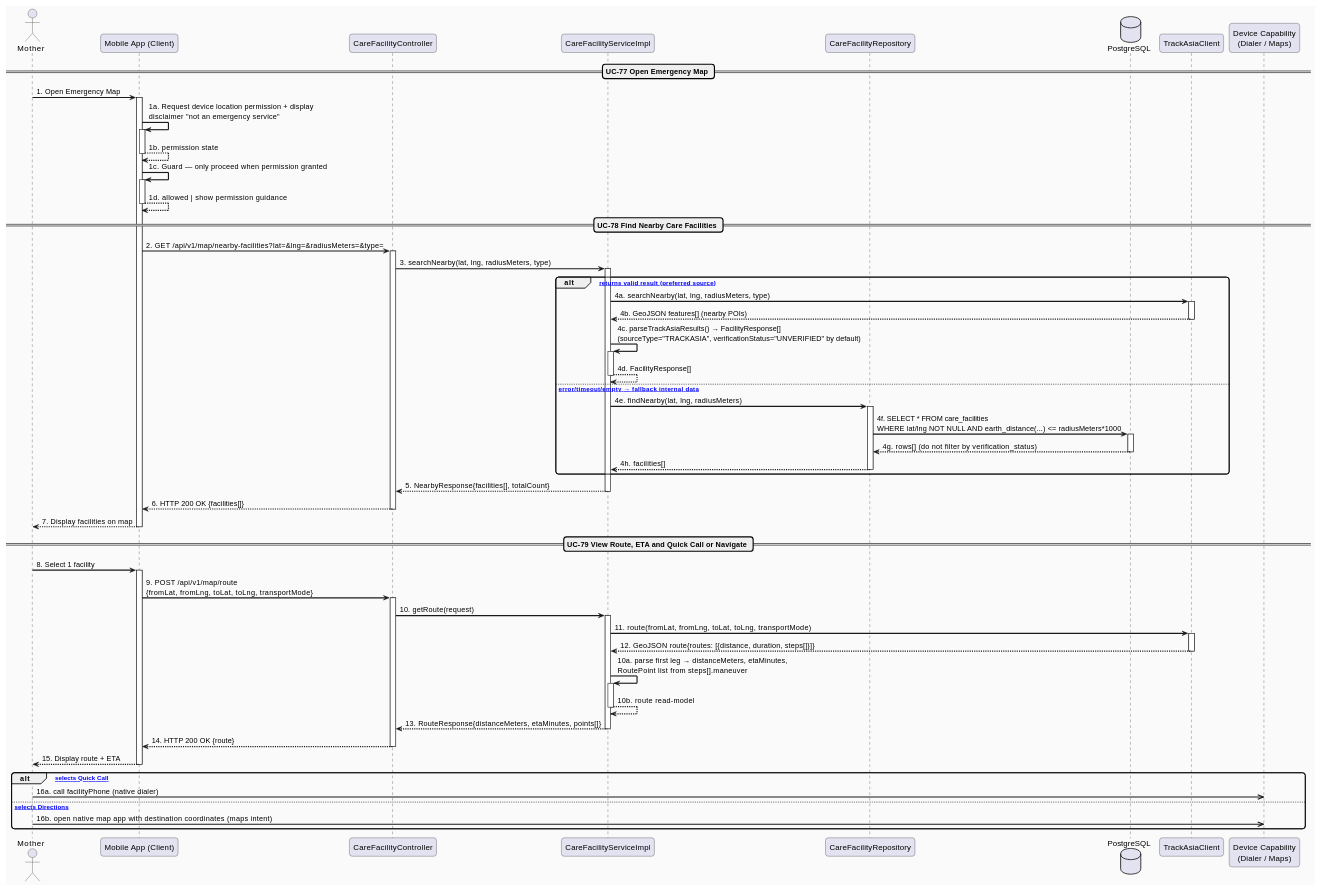
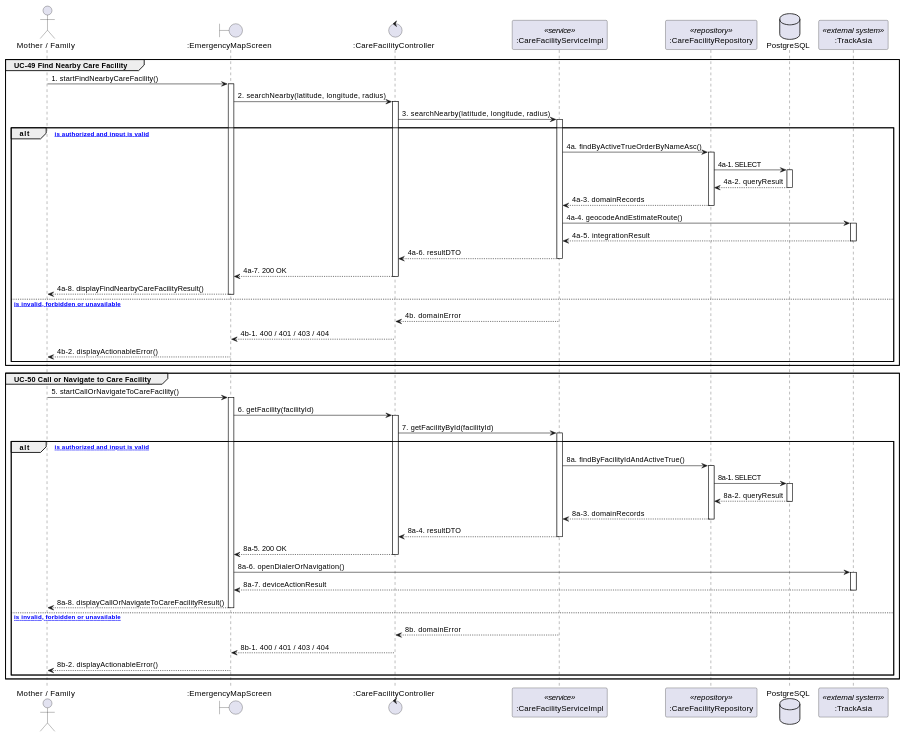
Before and after one commit to ChuongBDHE172784/CareBridge_SEP490_G79: the second of 2 diagrams in docs/Detailed_Design/MF07_Emergency_Map_Nearby_Care_Support/01_Emergency_Map_Facility_Route_Navigation.md, drawn with PlantUML. The commit also changed other lines of this file and 111 other files, not shown here.

````diff
--- a/docs/Detailed_Design/MF07_Emergency_Map_Nearby_Care_Support/01_Emergency_Map_Facility_Route_Navigation.md
+++ b/docs/Detailed_Design/MF07_Emergency_Map_Nearby_Care_Support/01_Emergency_Map_Facility_Route_Navigation.md
@@ -105,87 +78,85 @@
 ```plantuml
-@startuml MF07_01_EmergencyMap_SequenceDiagram
-skinparam sequenceArrowThickness 2
-skinparam roundcorner 10
-skinparam backgroundColor #FAFAFA
+@startuml MF07_01_EmergencyMapNearbyFacilityandNavigation_SequenceDiagram
+skinparam shadowing false
 
-actor "Mother" as M
-participant "Mobile App (Client)" as App
-participant "CareFacilityController" as Controller
-participant "CareFacilityServiceImpl" as Service
-participant "CareFacilityRepository" as FacilityRepo
+actor "Mother / Family" as Actor
+boundary ":EmergencyMapScreen" as UI1
+control ":CareFacilityController" as Controller1
+participant ":CareFacilityServiceImpl" as Service1 <<service>>
+participant ":CareFacilityRepository" as Repository1 <<repository>>
 database "PostgreSQL" as DB
-participant "TrackAsiaClient" as TrackAsia
-participant "Device Capability\n(Dialer / Maps)" as Device
+participant ":TrackAsia" as External1 <<external system>>
 
-== UC-77 Open Emergency Map ==
-M -> App : 1. Open Emergency Map
-activate App
-App -> App : 1a. Request device location permission + display\ndisclaimer "not an emergency service"
-activate App
-App --> App : 1b. permission state
-deactivate App
-App -> App : 1c. Guard — only proceed when permission granted
-activate App
-App --> App : 1d. allowed | show permission guidance
-deactivate App
+group UC-49 Find Nearby Care Facility
+  Actor -> UI1 : 1. startFindNearbyCareFacility()
+  activate UI1
+  UI1 -> Controller1 : 2. searchNearby(latitude, longitude, radius)
+  activate Controller1
+  Controller1 -> Service1 : 3. searchNearby(latitude, longitude, radius)
+  activate Service1
+  alt [request is authorized and input is valid]
+    Service1 -> Repository1 : 4a. findByActiveTrueOrderByNameAsc()
+    activate Repository1
+    Repository1 -> DB : 4a-1. SELECT
+    activate DB
+    DB --> Repository1 : 4a-2. queryResult
+    deactivate DB
+    Repository1 --> Service1 : 4a-3. domainRecords
+    deactivate Repository1
+    Service1 -> External1 : 4a-4. geocodeAndEstimateRoute()
+    activate External1
+    External1 --> Service1 : 4a-5. integrationResult
+    deactivate External1
+    Service1 --> Controller1 : 4a-6. resultDTO
+    deactivate Service1
+    Controller1 --> UI1 : 4a-7. 200 OK
+    deactivate Controller1
+    UI1 --> Actor : 4a-8. displayFindNearbyCareFacilityResult()
+    deactivate UI1
+  else [request is invalid, forbidden or unavailable]
+    Service1 --> Controller1 : 4b. domainError
+    deactivate Service1
+    Controller1 --> UI1 : 4b-1. 400 / 401 / 403 / 404
+    deactivate Controller1
+    UI1 --> Actor : 4b-2. displayActionableError()
+    deactivate UI1
+  end
+end
 
-== UC-78 Find Nearby Care Facilities ==
-App -> Controller : 2. GET /api/v1/map/nearby-facilities?lat=&lng=&radiusMeters=&type=
-activate Controller
-Controller -> Service : 3. searchNearby(lat, lng, radiusMeters, type)
-activate Service
-alt [TrackAsia returns valid result (preferred source)]
-  Service -> TrackAsia : 4a. searchNearby(lat, lng, radiusMeters, type)
-  activate TrackAsia
-  TrackAsia --> Service : 4b. GeoJSON features[] (nearby POIs)
-  deactivate TrackAsia
-  Service -> Service : 4c. parseTrackAsiaResults() → FacilityResponse[]\n(sourceType="TRACKASIA", verificationStatus="UNVERIFIED" by default)
-  activate Service
-  Service --> Service : 4d. FacilityResponse[]
-  deactivate Service
-else [TrackAsia error/timeout/empty → fallback internal data]
-  Service -> FacilityRepo : 4e. findNearby(lat, lng, radiusMeters)
-  activate FacilityRepo
-  FacilityRepo -> DB : 4f. SELECT * FROM care_facilities\nWHERE lat/lng NOT NULL AND earth_distance(...) <= radiusMeters*1000
-  activate DB
-  DB --> FacilityRepo : 4g. rows[] (do not filter by verification_status)
-  deactivate DB
-  FacilityRepo --> Service : 4h. facilities[]
-  deactivate FacilityRepo
-end
-Service --> Controller : 5. NearbyResponse{facilities[], totalCount}
-deactivate Service
-Controller --> App : 6. HTTP 200 OK {facilities[]}
-deactivate Controller
-App --> M : 7. Display facilities on map
-deactivate App
-
-== UC-79 View Route, ETA and Quick Call or Navigate ==
-M -> App : 8. Select 1 facility
-activate App
-App -> Controller : 9. POST /api/v1/map/route\n{fromLat, fromLng, toLat, toLng, transportMode}
-activate Controller
-Controller -> Service : 10. getRoute(request)
-activate Service
-Service -> TrackAsia : 11. route(fromLat, fromLng, toLat, toLng, transportMode)
-activate TrackAsia
-TrackAsia --> Service : 12. GeoJSON route{routes: [{distance, duration, steps[]}]}
-deactivate TrackAsia
-Service -> Service : 10a. parse first leg → distanceMeters, etaMinutes,\nRoutePoint list from steps[].maneuver
-activate Service
-Service --> Service : 10b. route read-model
-deactivate Service
-Service --> Controller : 13. RouteResponse{distanceMeters, etaMinutes, points[]}
-deactivate Service
-Controller --> App : 14. HTTP 200 OK {route}
-deactivate Controller
-App --> M : 15. Display route + ETA
-deactivate App
-
-alt [Mother selects Quick Call]
-  M ->> Device : 16a. call facilityPhone (native dialer)
-else [Mother selects Directions]
-  M ->> Device : 16b. open native map app with destination coordinates (maps intent)
+group UC-50 Call or Navigate to Care Facility
+  Actor -> UI1 : 5. startCallOrNavigateToCareFacility()
+  activate UI1
+  UI1 -> Controller1 : 6. getFacility(facilityId)
+  activate Controller1
+  Controller1 -> Service1 : 7. getFacilityById(facilityId)
+  activate Service1
+  alt [request is authorized and input is valid]
+    Service1 -> Repository1 : 8a. findByFacilityIdAndActiveTrue()
+    activate Repository1
+    Repository1 -> DB : 8a-1. SELECT
+    activate DB
+    DB --> Repository1 : 8a-2. queryResult
+    deactivate DB
+    Repository1 --> Service1 : 8a-3. domainRecords
+    deactivate Repository1
+    Service1 --> Controller1 : 8a-4. resultDTO
+    deactivate Service1
+    Controller1 --> UI1 : 8a-5. 200 OK
+    deactivate Controller1
+    UI1 -> External1 : 8a-6. openDialerOrNavigation()
+    activate External1
+    External1 --> UI1 : 8a-7. deviceActionResult
+    deactivate External1
+    UI1 --> Actor : 8a-8. displayCallOrNavigateToCareFacilityResult()
+    deactivate UI1
+  else [request is invalid, forbidden or unavailable]
+    Service1 --> Controller1 : 8b. domainError
+    deactivate Service1
+    Controller1 --> UI1 : 8b-1. 400 / 401 / 403 / 404
+    deactivate Controller1
+    UI1 --> Actor : 8b-2. displayActionableError()
+    deactivate UI1
+  end
 end
 
 @enduml
````
